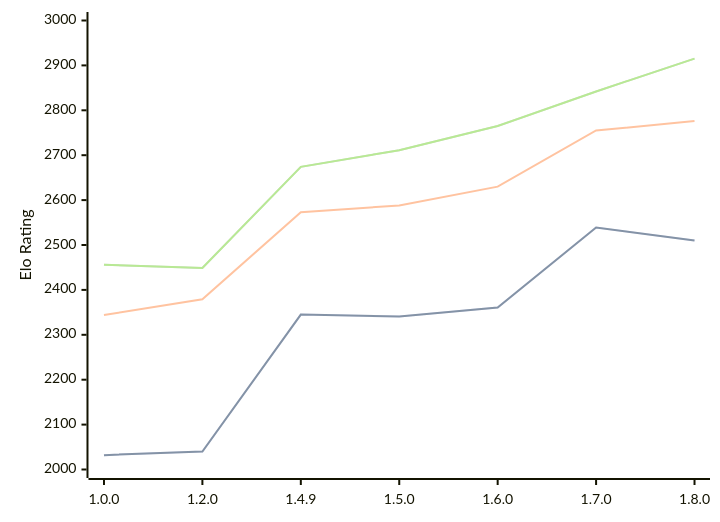
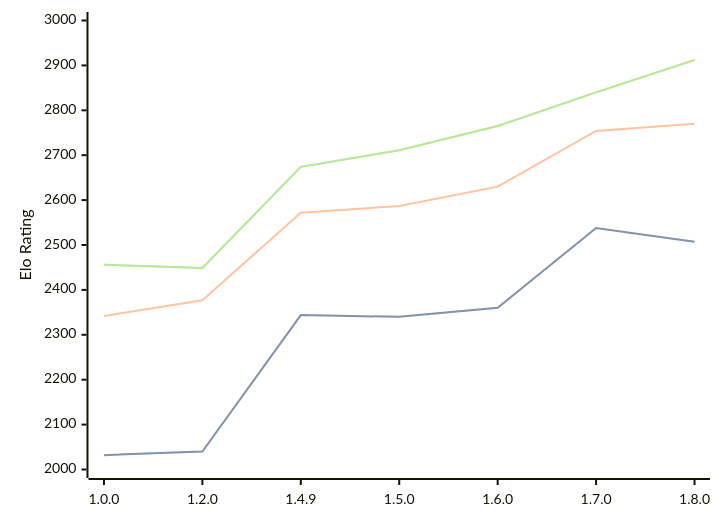
One commit to computer-chess-index/cci changed the third of 3 diagrams in engines/Basilisk.md. Above: the diagram before and after it, drawn with Mermaid. The commit also changed other lines of this file, not shown here.

Commit message:
Update CCI Ratings (ELO VLTC) - 2026-07-15

````diff
--- a/engines/Basilisk.md
+++ b/engines/Basilisk.md
@@ -84,11 +84,11 @@
 ```mermaid
 %%{init: {"theme":"base","themeVariables":{"seriesColors:['#a3a3a3','#222221','#faa371']}}}%%
 xychart-beta
   x-axis ["1.0.0", "1.2.0", "1.4.9", "1.5.0", "1.6.0", "1.7.0", "1.8.0"]
   y-axis "Elo Rating" 2000 --> 3000
-  line "STC (8.0+0.08s)" [2032, 2040, 2345, 2341, 2361, 2539, 2510]
-  line "STC (8.0+0.08s)" [2032, 2040, 2345, 2341, 2361, 2539, 2510]
-  line "LTC (60.0+0.60s)" [2344, 2379, 2573, 2588, 2630, 2755, 2776]
-  line "VLTC (2m24s+1.12s)" [2456, 2449, 2674, 2711, 2765, 2842, 2915]
-  line "VLTC (2m24s+1.12s)" [2456, 2449, 2674, 2711, 2765, 2842, 2915]
+  line "STC (8.0+0.08s)" [2032, 2040, 2344, 2340, 2360, 2538, 2507]
+  line "STC (8.0+0.08s)" [2032, 2040, 2344, 2340, 2360, 2538, 2507]
+  line "LTC (60.0+0.60s)" [2342, 2377, 2572, 2587, 2630, 2754, 2770]
+  line "VLTC (2m24s+1.12s)" [2456, 2449, 2674, 2711, 2765, 2840, 2912]
+  line "VLTC (2m24s+1.12s)" [2456, 2449, 2674, 2711, 2765, 2840, 2912]
 ```
````
